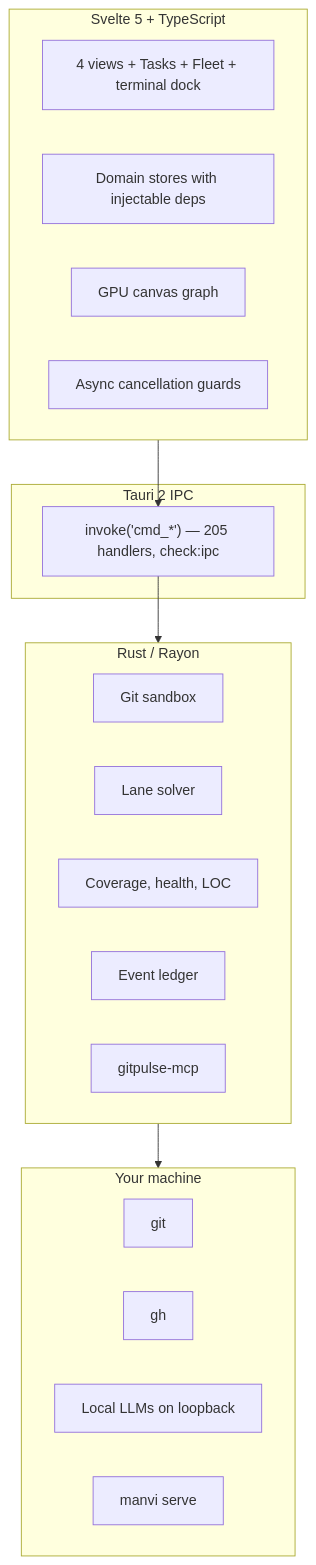
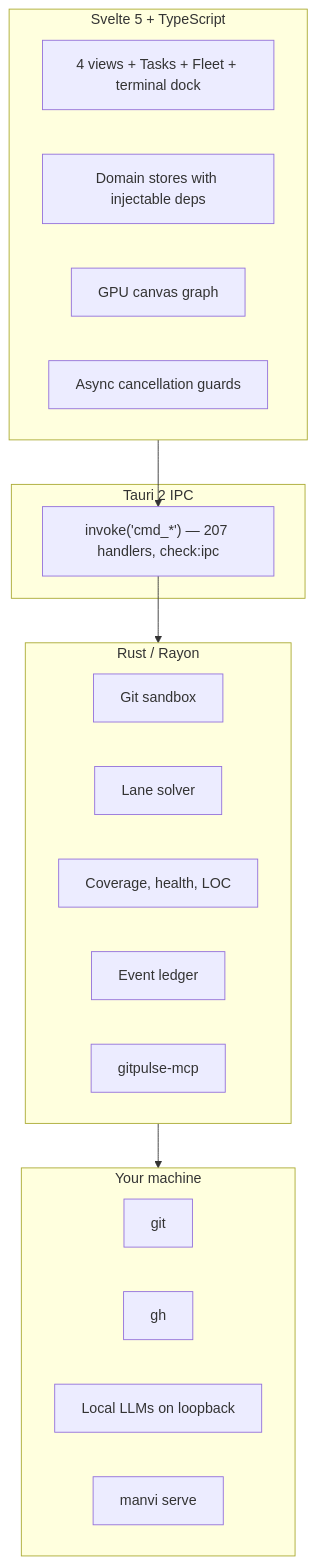
Before and after one commit to bharathvbcr/GitPulse: the diagram in wiki/Architecture.md, drawn with Mermaid. The commit also changed other lines of this file and 151 other files, not shown here.

````diff
--- a/wiki/Architecture.md
+++ b/wiki/Architecture.md
@@ -5,27 +5,27 @@
 ```mermaid
 flowchart TB
     subgraph Frontend["Svelte 5 + TypeScript"]
         Views["4 views + Tasks + Fleet + terminal dock"]
         Stores["Domain stores with injectable deps"]
         Canvas["GPU canvas graph"]
         Guards["Async cancellation guards"]
     end
     subgraph IPC["Tauri 2 IPC"]
-        Bridge["invoke('cmd_*') — 205 handlers, check:ipc"]
+        Bridge["invoke('cmd_*') — 207 handlers, check:ipc"]
     end
     subgraph Backend["Rust / Rayon"]
         Git["Git sandbox"]
         Graph["Lane solver"]
         Analyzers["Coverage, health, LOC"]
         Ledger["Event ledger"]
         MCP["gitpulse-mcp"]
     end
     subgraph Local["Your machine"]
         GitCLI["git"]
         GhCLI["gh"]
         LLM["Local LLMs on loopback"]
         Manvi["manvi serve"]
     end
     Frontend --> Bridge --> Backend
     Backend --> Local
 ```
````
